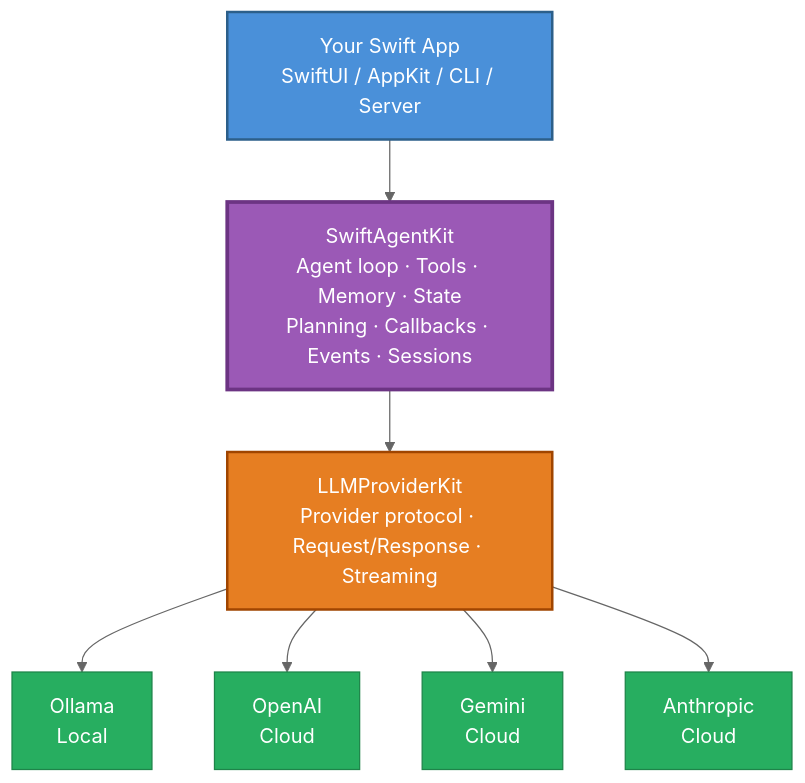
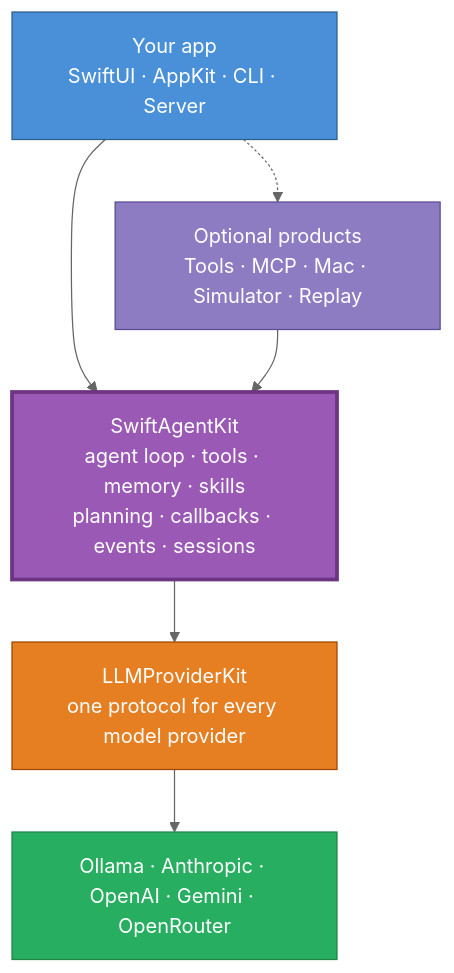
The diagram in README.md (ayman3000/SwiftAgentKit), drawn with Mermaid (neutral theme) before and after one commit. The commit also changed other lines of this file and 17 other files, not shown here.

````diff
--- a/README.md
+++ b/README.md
@@ -129,25 +498,20 @@
 ```mermaid
 graph TD
-    APP["Your Swift App<br/>SwiftUI / AppKit / CLI / Server"]
-    SAK["SwiftAgentKit<br/>Agent loop · Tools · Memory · State<br/>Planning · Callbacks · Events · Sessions"]
-    LPK["LLMProviderKit<br/>Provider protocol · Request/Response · Streaming"]
-    OLLAMA["Ollama<br/>Local"]
-    OPENAI["OpenAI<br/>Cloud"]
-    GEMINI["Gemini<br/>Cloud"]
-    ANTHROPIC["Anthropic<br/>Cloud"]
+    APP["Your app<br/>SwiftUI · AppKit · CLI · Server"]
+    SAK["SwiftAgentKit<br/>agent loop · tools · memory · skills<br/>planning · callbacks · events · sessions"]
+    EXT["Optional products<br/>Tools · MCP · Mac · Simulator · Replay"]
+    LPK["LLMProviderKit<br/>one protocol for every model provider"]
+    P["Ollama · Anthropic · OpenAI · Gemini · OpenRouter"]
 
     APP --> SAK
+    APP -.-> EXT
+    EXT --> SAK
     SAK --> LPK
-    LPK --> OLLAMA
-    LPK --> OPENAI
-    LPK --> GEMINI
-    LPK --> ANTHROPIC
+    LPK --> P
 
-    style APP fill:#4A90D9,stroke:#2C5F8A,stroke-width:2px,color:#fff
+    style APP fill:#4A90D9,stroke:#2C5F8A,color:#fff
     style SAK fill:#9B59B6,stroke:#6C3483,stroke-width:3px,color:#fff
-    style LPK fill:#E67E22,stroke:#A04500,stroke-width:2px,color:#fff
-    style OLLAMA fill:#27AE60,stroke:#1E8449,stroke-width:1px,color:#fff
-    style OPENAI fill:#27AE60,stroke:#1E8449,stroke-width:1px,color:#fff
-    style GEMINI fill:#27AE60,stroke:#1E8449,stroke-width:1px,color:#fff
-    style ANTHROPIC fill:#27AE60,stroke:#1E8449,stroke-width:1px,color:#fff
+    style EXT fill:#8E7CC3,stroke:#5B4A94,color:#fff
+    style LPK fill:#E67E22,stroke:#A04500,color:#fff
+    style P fill:#27AE60,stroke:#1E8449,color:#fff
 ```
````
